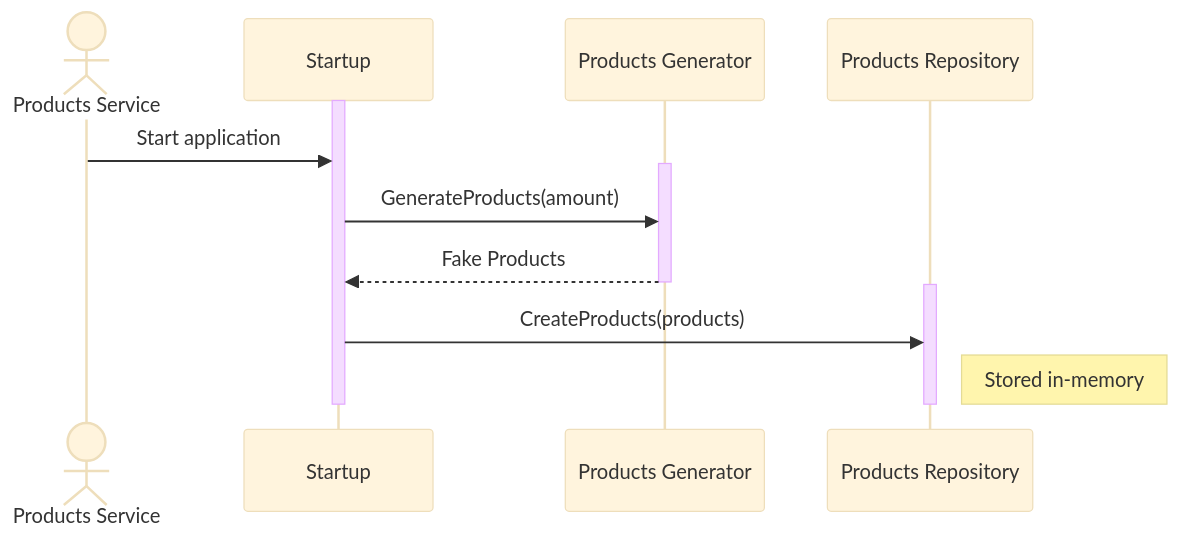
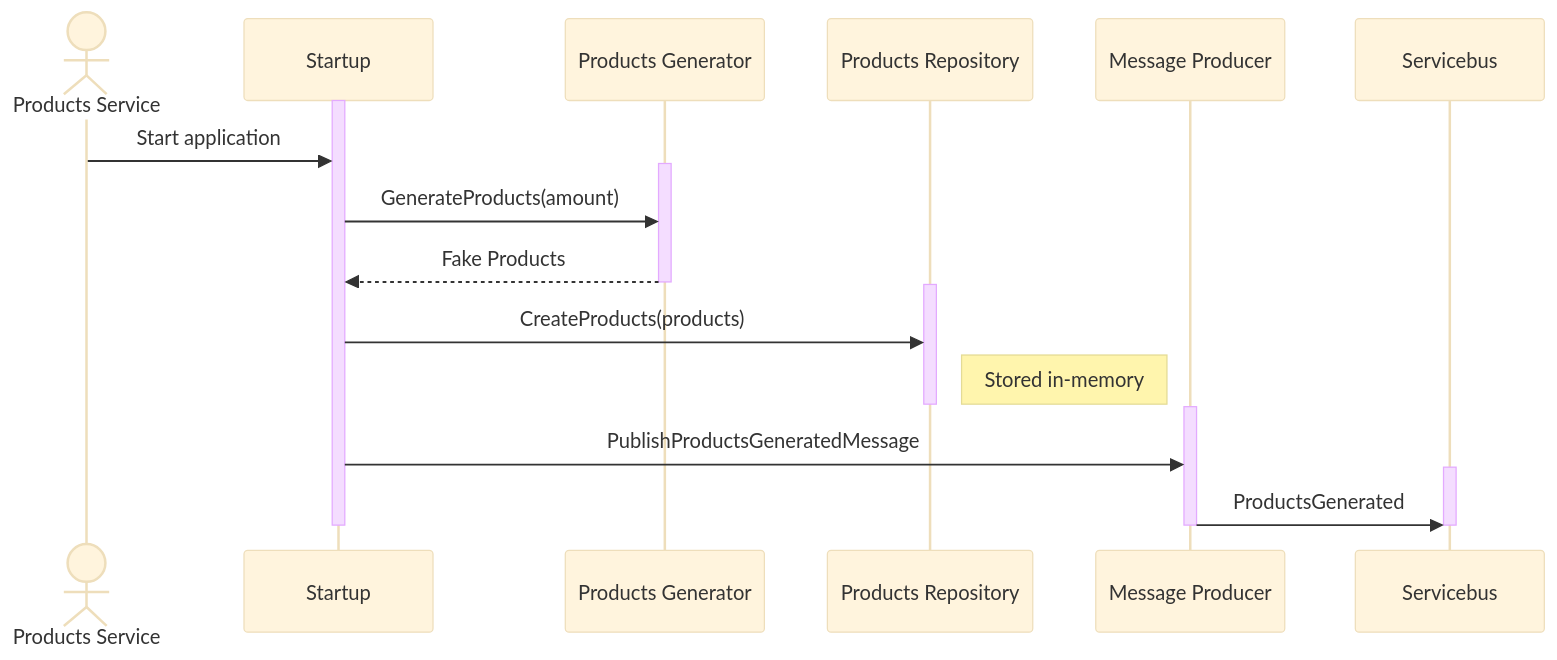
Before and after one commit to Physer/Microshop.NET: the diagram in docs/architecture/sequence-diagrams/generate-product-data.md, drawn with Mermaid (base theme). The commit also changed 1 other file, not shown here.

Commit message:
docs(architecture): updated Sequence Diagrams to display the new flow

````diff
--- a/docs/architecture/sequence-diagrams/generate-product-data.md
+++ b/docs/architecture/sequence-diagrams/generate-product-data.md
@@ -1,19 +1,26 @@
 ```mermaid
 sequenceDiagram
   actor Products Service
 
   activate Startup
   Products Service->>Startup: Start application
 
   activate Products Generator
   Startup->>Products Generator: GenerateProducts(amount)
   Products Generator-->>Startup: Fake Products
   deactivate Products Generator
 
   activate Products Repository
   Startup->>Products Repository: CreateProducts(products)
   Note right of Products Repository: Stored in-memory
   deactivate Products Repository
 
+  activate Message Producer
+  Startup->>Message Producer: PublishProductsGeneratedMessage
+  activate Servicebus
+  Message Producer->>Servicebus: ProductsGenerated
+  deactivate Servicebus
+  deactivate Message Producer
+
   deactivate Startup
 ```
````
